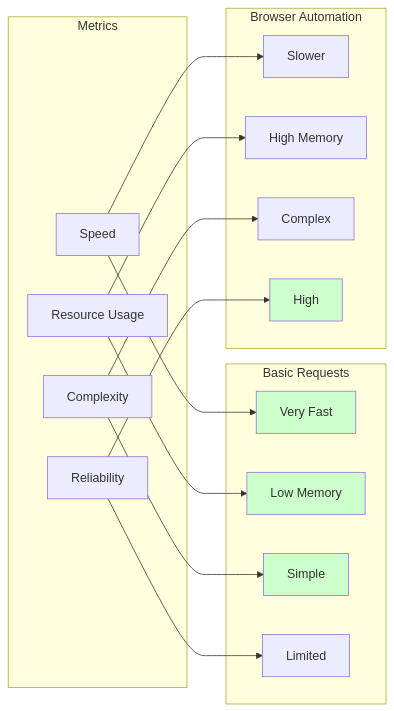
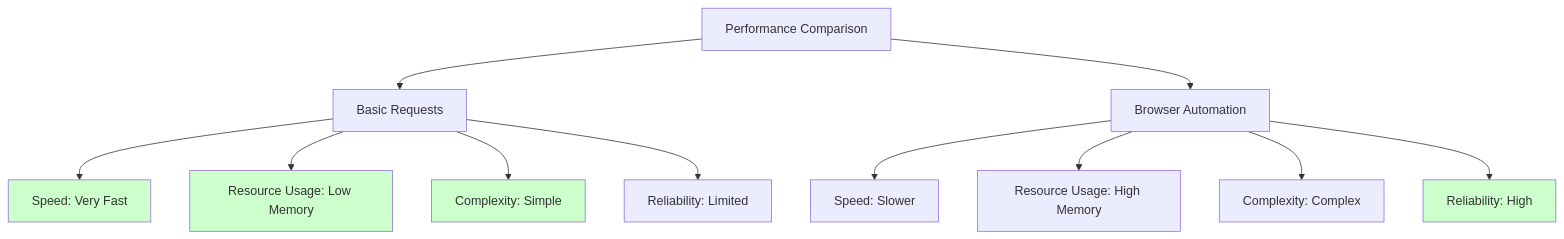
One commit to bytetunnels/bytetunnels.github.com changed the third of 3 diagrams in _posts/2025-04-26-beyond-basic-requests-when-scraper-needs-browser.md. Above: the diagram before and after it, drawn with Mermaid. The commit also changed other lines of this file and 25 other files, not shown here.

Commit message:
chore: fixed mermaid charts

````diff
--- a/_posts/2025-04-26-beyond-basic-requests-when-scraper-needs-browser.md
+++ b/_posts/2025-04-26-beyond-basic-requests-when-scraper-needs-browser.md
@@ -159,28 +168,22 @@
 ```mermaid
-graph LR
-    subgraph Metrics
-        A[Speed]
-        B[Resource Usage]
-        C[Complexity]
-        D[Reliability]
-    end
-    
-    subgraph "Basic Requests"
-        A --> A1[Very Fast]
-        B --> B1[Low Memory]
-        C --> C1[Simple]
-        D --> D1[Limited]
-    end
-    
-    subgraph "Browser Automation"
-        A --> A2[Slower]
-        B --> B2[High Memory]
-        C --> C2[Complex]
-        D --> D2[High]
-    end
-    
+graph TD
+    M[Performance Comparison]
+
+    M --> BR[Basic Requests]
+    M --> BA[Browser Automation]
+
+    BR --> A1[Speed: Very Fast]
+    BR --> B1[Resource Usage: Low Memory]
+    BR --> C1[Complexity: Simple]
+    BR --> D1[Reliability: Limited]
+
+    BA --> A2[Speed: Slower]
+    BA --> B2[Resource Usage: High Memory]
+    BA --> C2[Complexity: Complex]
+    BA --> D2[Reliability: High]
+
     style A1 fill:#ccffcc
     style B1 fill:#ccffcc
     style C1 fill:#ccffcc
     style D2 fill:#ccffcc
 ```
````
